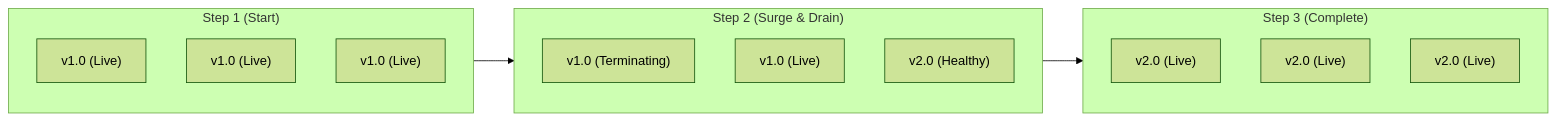
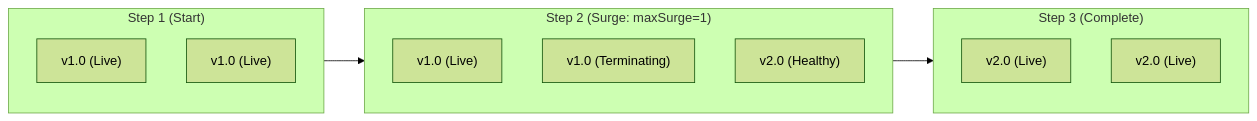
The first of 3 diagrams in 04-CICD-Pipelines/04-Deployment-Strategies.md (PandeyKishan/Study-Notes), drawn with Mermaid (forest theme) before and after one commit. The commit also changed other lines of this file and 38 other files, not shown here.

````diff
--- a/04-CICD-Pipelines/04-Deployment-Strategies.md
+++ b/04-CICD-Pipelines/04-Deployment-Strategies.md
@@ -24,20 +24,18 @@
 ```mermaid
 flowchart LR
     subgraph Step1["Step 1 (Start)"]
         V1_1["v1.0 (Live)"]
         V1_2["v1.0 (Live)"]
-        V1_3["v1.0 (Live)"]
     end
-    subgraph Step2["Step 2 (Surge & Drain)"]
-        V1_A["v1.0 (Terminating)"]
+    subgraph Step2["Step 2 (Surge: maxSurge=1)"]
         V1_B["v1.0 (Live)"]
+        V1_C["v1.0 (Terminating)"]
         V2_A["v2.0 (Healthy)"]
     end
     subgraph Step3["Step 3 (Complete)"]
         V2_1["v2.0 (Live)"]
         V2_2["v2.0 (Live)"]
-        V2_3["v2.0 (Live)"]
     end
 
     Step1 --> Step2 --> Step3
 ```
````
